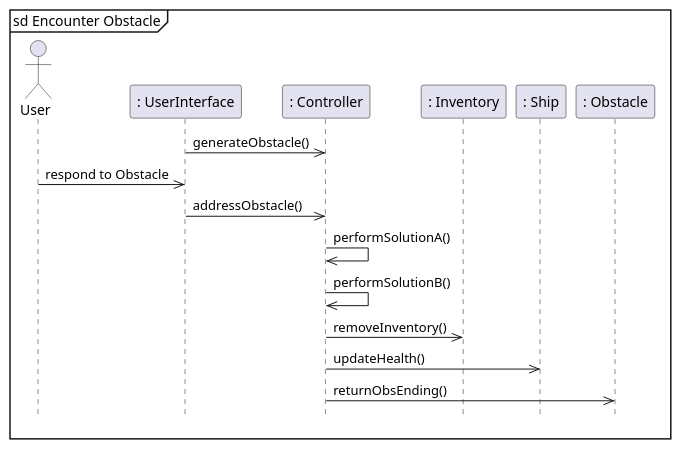
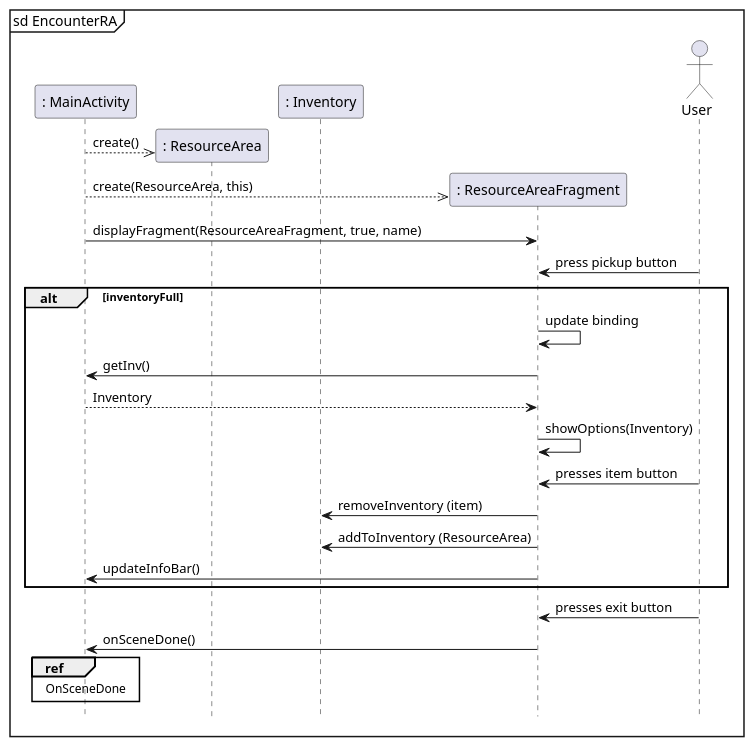
One commit to emutchek/MaraudersAtSea changed diagram 11 of 12 in CMPU_203_MAS/intellij/doc/design.md. Above: the diagram before and after it, drawn with PlantUML. The commit also changed other lines of this file, not shown here.

Commit message:
updated sequence diagrams

````diff
--- a/CMPU_203_MAS/intellij/doc/design.md
+++ b/CMPU_203_MAS/intellij/doc/design.md
@@ -203,20 +350,33 @@
 ```PlantUML
 @startuml
-mainframe sd Encounter Obstacle
+mainframe sd EncounterRA
 hide footbox
+participant ": MainActivity" as ma
+participant ": ResourceArea" as ra
+participant ": Inventory" as inv
+participant ": ResourceAreaFragment" as raf
+
 actor User as user
-participant ": UserInterface" as UI
-participant ": Controller" as controller
-participant ": Inventory" as inv
-participant ": Ship" as ship
-participant ": Obstacle" as obs
-UI ->> controller : generateObstacle()
-user ->> UI : respond to Obstacle
-UI ->> controller : addressObstacle()
-controller ->> controller : performSolutionA()
-controller ->> controller : performSolutionB()
-controller ->> inv : removeInventory()
-controller ->> ship : updateHealth()
-controller ->> obs : returnObsEnding()
+
+
+ma -->> ra **: create()
+ma -->> raf **: create(ResourceArea, this)
+ma -> raf : displayFragment(ResourceAreaFragment, true, name)
+user -> raf : press pickup button
+alt inventoryFull
+raf -> raf : update binding
+raf -> ma : getInv()
+raf <-- ma : Inventory
+raf -> raf : showOptions(Inventory)
+user -> raf : presses item button
+raf -> inv : removeInventory (item)
+raf -> inv : addToInventory (ResourceArea)
+raf -> ma : updateInfoBar()
+end
+user -> raf : presses exit button
+raf -> ma : onSceneDone()
+ref over ma
+OnSceneDone
+end ref
 @enduml
 ```
````
